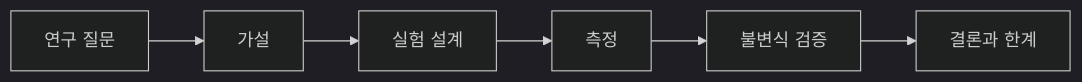
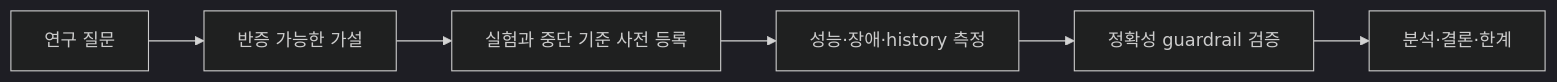
One commit to mj006648/netai-devsecops-runbook changed the diagram in learning/distributed-systems/14-experiments-and-research-methods.md. Above: the diagram before and after it, drawn with Mermaid (dark theme). The commit also changed other lines of this file and 24 other files, not shown here.

````diff
--- a/learning/distributed-systems/14-experiments-and-research-methods.md
+++ b/learning/distributed-systems/14-experiments-and-research-methods.md
@@ -82,8 +11,8 @@
 ```mermaid
 flowchart LR
- Q[연구 질문] --> H[가설]
- H --> D[실험 설계]
- D --> M[측정]
- M --> V[불변식 검증]
- V --> C[결론과 한계]
+ Q[연구 질문] --> H[반증 가능한 가설]
+ H --> D[실험과 중단 기준 사전 등록]
+ D --> M[성능·장애·history 측정]
+ M --> V[정확성 guardrail 검증]
+ V --> C[분석·결론·한계]
 ```
````
